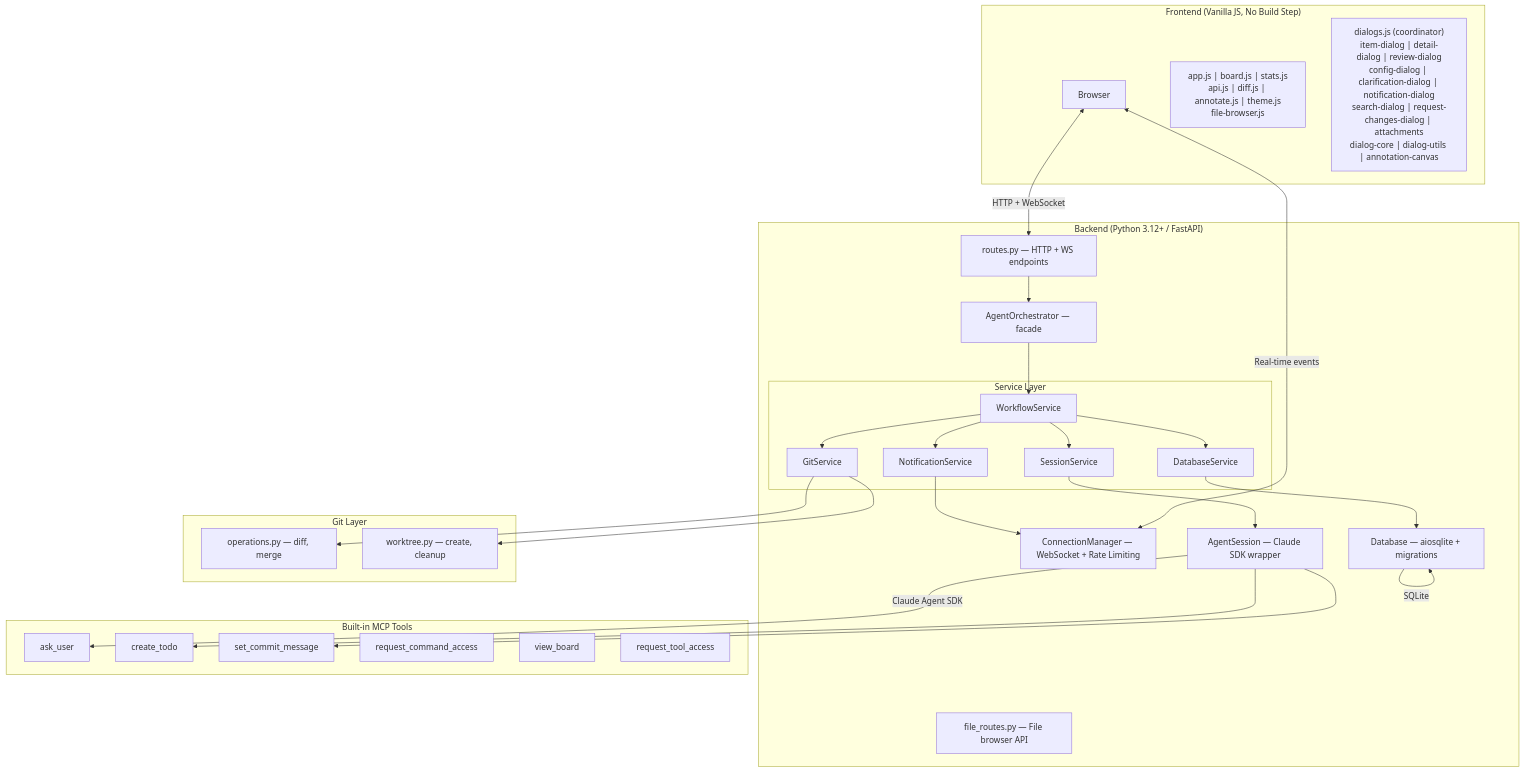
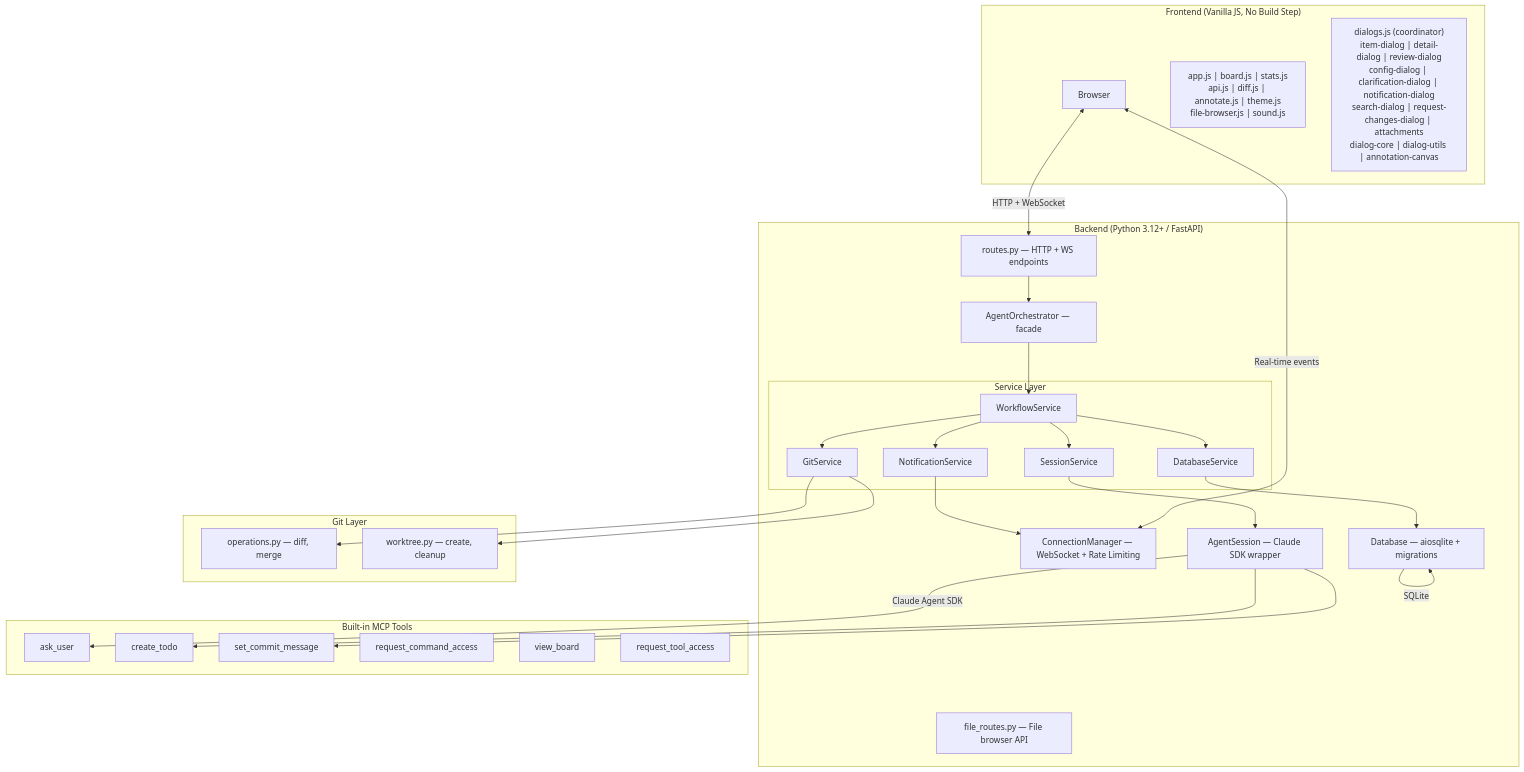
The second of 4 diagrams in README.md (epatel/claude-agents-dashboard), drawn with Mermaid before and after one commit. The commit also changed other lines of this file and 4 other files, not shown here.

````diff
--- a/README.md
+++ b/README.md
@@ -119,56 +119,56 @@
 ```mermaid
 graph TB
     subgraph Frontend["Frontend (Vanilla JS, No Build Step)"]
         Browser["Browser"]
-        JS["app.js | board.js | stats.js<br/>api.js | diff.js | annotate.js | theme.js<br/>file-browser.js"]
+        JS["app.js | board.js | stats.js<br/>api.js | diff.js | annotate.js | theme.js<br/>file-browser.js | sound.js"]
         Dlg["dialogs.js (coordinator)<br/>item-dialog | detail-dialog | review-dialog<br/>config-dialog | clarification-dialog | notification-dialog<br/>search-dialog | request-changes-dialog | attachments<br/>dialog-core | dialog-utils | annotation-canvas"]
     end
 
     subgraph Backend["Backend (Python 3.12+ / FastAPI)"]
         Routes["routes.py — HTTP + WS endpoints"]
         FileRoutes["file_routes.py — File browser API"]
         WSMgr["ConnectionManager — WebSocket + Rate Limiting"]
         Orch["AgentOrchestrator — facade"]
         subgraph Svc["Service Layer"]
             WF["WorkflowService"]
             DBS["DatabaseService"]
             NS["NotificationService"]
             GS["GitService"]
             SS["SessionService"]
         end
         Sess["AgentSession — Claude SDK wrapper"]
         DB["Database — aiosqlite + migrations"]
     end
 
     subgraph MCP["Built-in MCP Tools"]
         Ask["ask_user"]
         TodoTool["create_todo"]
         CommitTool["set_commit_message"]
         CmdAccess["request_command_access"]
         BoardView["view_board"]
         ToolAccess["request_tool_access"]
     end
 
     subgraph GitLayer["Git Layer"]
         GitOps["operations.py — diff, merge"]
         WT["worktree.py — create, cleanup"]
     end
 
     Browser <-->|"HTTP + WebSocket"| Routes
     Routes --> Orch
     Orch --> WF
     WF --> DBS
     WF --> GS
     WF --> NS
     WF --> SS
     SS --> Sess
     DBS --> DB
     NS --> WSMgr
     WSMgr <-->|"Real-time events"| Browser
     Sess -->|"Claude Agent SDK"| Ask
     Sess --> TodoTool
     Sess --> CommitTool
     DB -->|SQLite| DB
     GS --> GitOps
     GS --> WT
 ```
````
